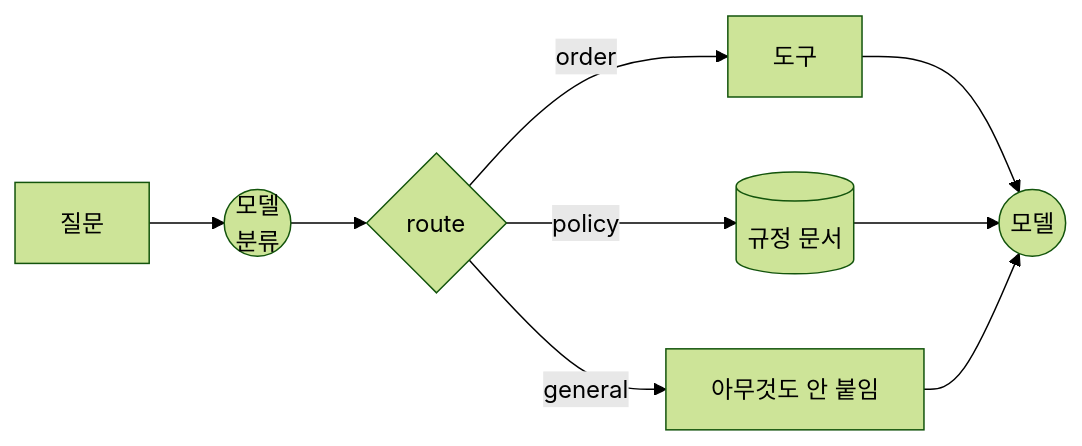
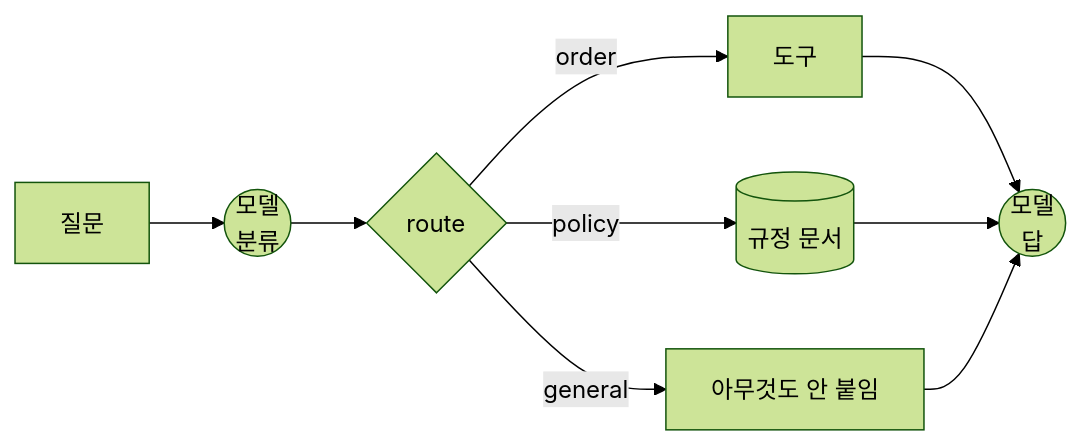
One commit to devjune/ai-study changed the second of 22 diagrams in docs/phase2/Spring AI로 구현하는 에이전틱 패턴.md. Above: the diagram before and after it, drawn with Mermaid (forest theme). The commit also changed other lines of this file and 1 other file, not shown here.

````diff
--- a/docs/phase2/Spring AI로 구현하는 에이전틱 패턴.md
+++ b/docs/phase2/Spring AI로 구현하는 에이전틱 패턴.md
@@ -96,11 +96,11 @@
 ```mermaid
 flowchart LR
     Q[질문] --> M1((모델<br/>분류))
     M1 --> R{route}
     R -->|order| T[도구]
     R -->|policy| V[(규정 문서)]
     R -->|general| G[아무것도 안 붙임]
-    T --> M2((모델))
+    T --> M2((모델<br/>답))
     V --> M2
     G --> M2
 ```
````
